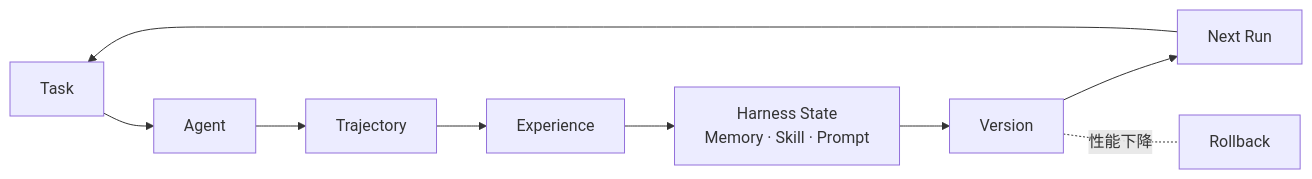
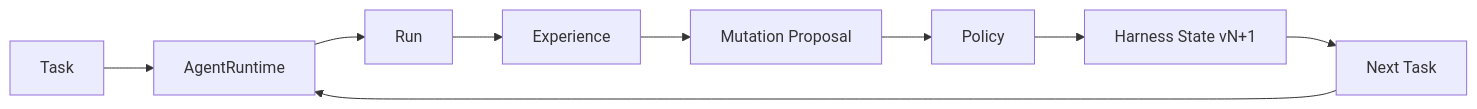
The fourth of 4 diagrams in docs/zh/tutorials/stage-6-hello-continual-harness/index.md (liuyueyi/hello-harness), drawn with Mermaid before and after one commit. The commit also changed other lines of this file and 87 other files, not shown here.

````diff
--- a/docs/zh/tutorials/stage-6-hello-continual-harness/index.md
+++ b/docs/zh/tutorials/stage-6-hello-continual-harness/index.md
@@ -130,11 +129,11 @@
 ```mermaid
 flowchart LR
-  T[Task] --> A[Agent]
-  A --> TR[Trajectory]
-  TR --> EX[Experience]
-  EX --> HS[Harness State<br/>Memory · Skill · Prompt]
-  HS --> V[Version]
-  V --> N[Next Run]
-  N --> T
-  V -.性能下降.- R[Rollback]
+  T[Task] --> A[AgentRuntime]
+  A --> R[Run]
+  R --> EX[Experience]
+  EX --> MP[Mutation Proposal]
+  MP --> P[Policy]
+  P --> HS[Harness State vN+1]
+  HS --> N[Next Task]
+  N --> A
 ```
````
